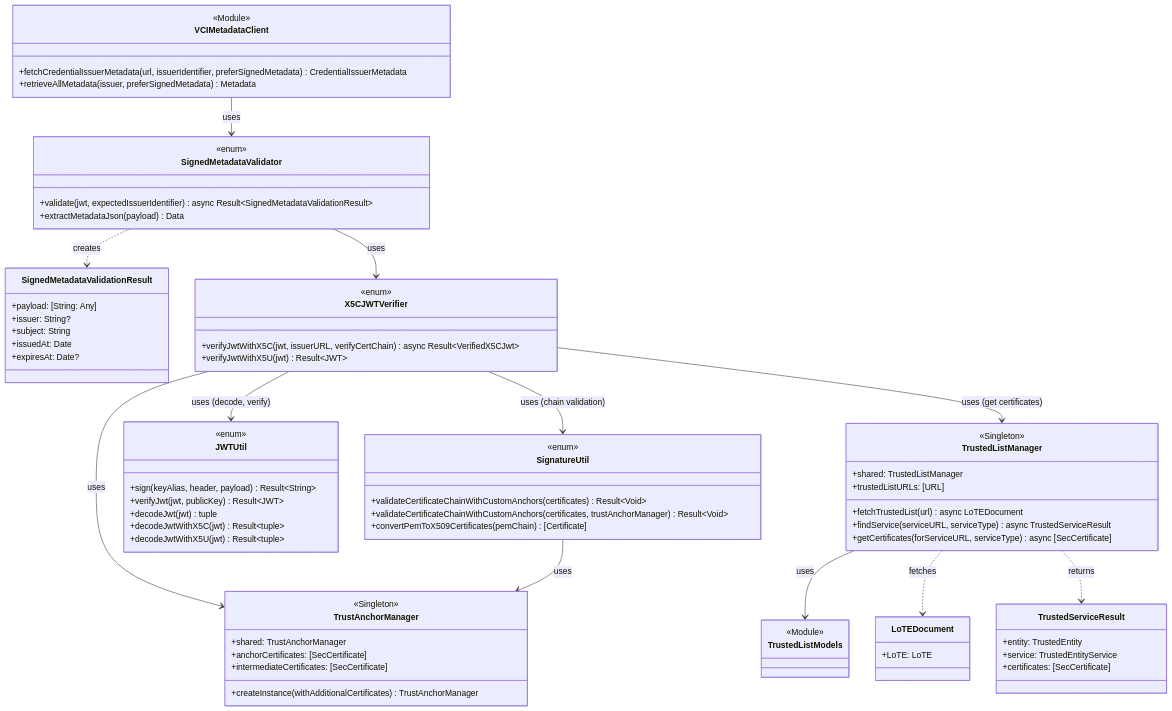
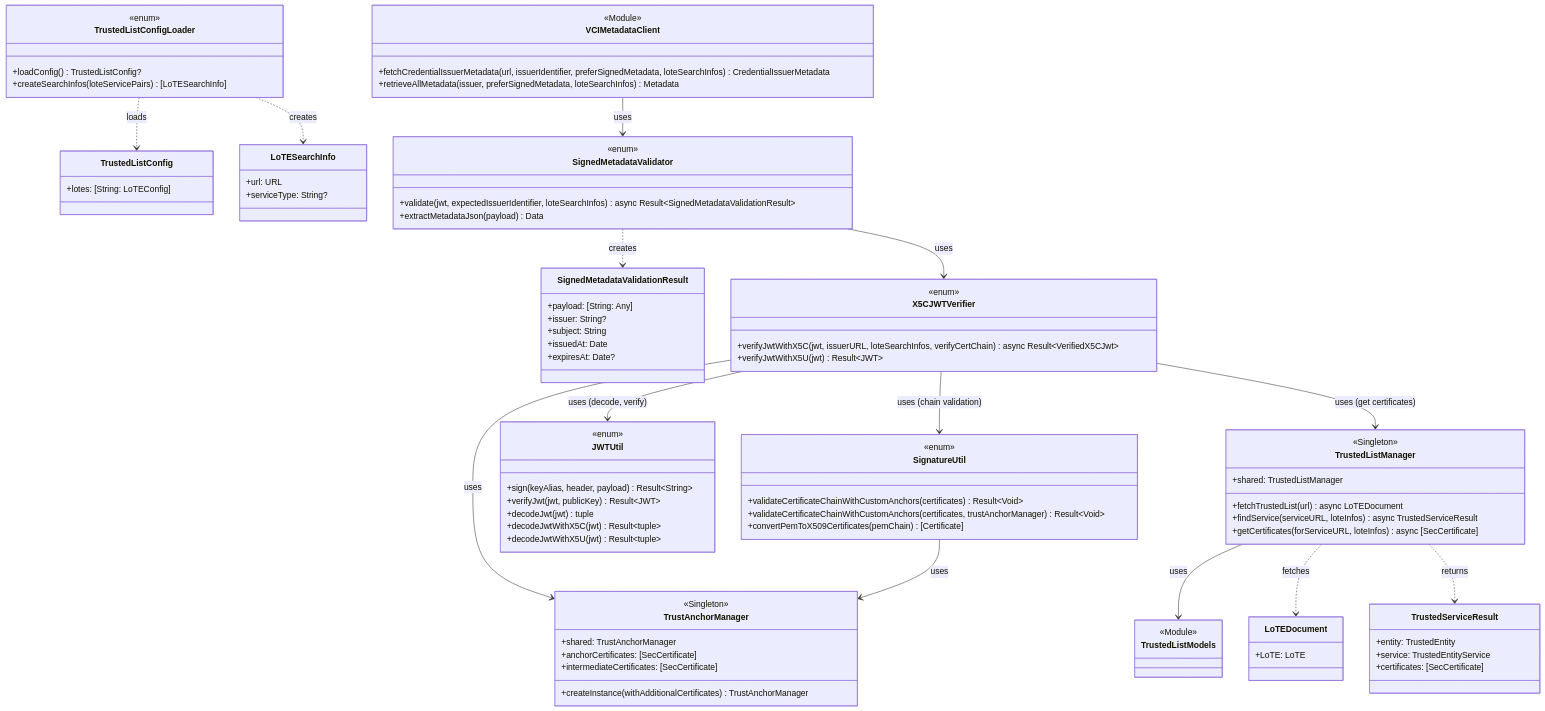
Before and after one commit to ryosuke-wakaba/OWND-Wallet-iOS: the first of 4 diagrams in docs/features/credential-issuance/metadata-verification.md, drawn with Mermaid. The commit also changed other lines of this file and 1 other file, not shown here.

First line of the commit message:
docs: Update metadata-verification.md for LoTE service type support

````diff
--- a/docs/features/credential-issuance/metadata-verification.md
+++ b/docs/features/credential-issuance/metadata-verification.md
@@ -23,15 +23,31 @@
 ```mermaid
 classDiagram
+    %% Configuration Layer
+    class TrustedListConfigLoader {
+        <<enum>>
+        +loadConfig() TrustedListConfig?
+        +createSearchInfos(loteServicePairs) [LoTESearchInfo]
+    }
+
+    class TrustedListConfig {
+        +lotes: [String: LoTEConfig]
+    }
+
+    class LoTESearchInfo {
+        +url: URL
+        +serviceType: String?
+    }
+
     %% Metadata Layer
     class VCIMetadataClient {
         <<Module>>
-        +fetchCredentialIssuerMetadata(url, issuerIdentifier, preferSignedMetadata) CredentialIssuerMetadata
-        +retrieveAllMetadata(issuer, preferSignedMetadata) Metadata
+        +fetchCredentialIssuerMetadata(url, issuerIdentifier, preferSignedMetadata, loteSearchInfos) CredentialIssuerMetadata
+        +retrieveAllMetadata(issuer, preferSignedMetadata, loteSearchInfos) Metadata
     }
 
     class SignedMetadataValidator {
         <<enum>>
-        +validate(jwt, expectedIssuerIdentifier) async Result~SignedMetadataValidationResult~
+        +validate(jwt, expectedIssuerIdentifier, loteSearchInfos) async Result~SignedMetadataValidationResult~
         +extractMetadataJson(payload) Data
     }
 
@@ -47,10 +63,9 @@
     class TrustedListManager {
         <<Singleton>>
         +shared: TrustedListManager
-        +trustedListURLs: [URL]
         +fetchTrustedList(url) async LoTEDocument
-        +findService(serviceURL, serviceType) async TrustedServiceResult
-        +getCertificates(forServiceURL, serviceType) async [SecCertificate]
+        +findService(serviceURL, loteInfos) async TrustedServiceResult
+        +getCertificates(forServiceURL, loteInfos) async [SecCertificate]
     }
 
     class TrustedListModels {
@@ -78,7 +93,7 @@
 
     class X5CJWTVerifier {
         <<enum>>
-        +verifyJwtWithX5C(jwt, issuerURL, verifyCertChain) async Result~VerifiedX5CJwt~
+        +verifyJwtWithX5C(jwt, issuerURL, loteSearchInfos, verifyCertChain) async Result~VerifiedX5CJwt~
         +verifyJwtWithX5U(jwt) Result~JWT~
     }
 
@@ -99,6 +114,9 @@
     }
 
     %% Relationships
+    TrustedListConfigLoader ..> TrustedListConfig : loads
+    TrustedListConfigLoader ..> LoTESearchInfo : creates
+
     VCIMetadataClient --> SignedMetadataValidator : uses
     SignedMetadataValidator --> X5CJWTVerifier : uses
     SignedMetadataValidator ..> SignedMetadataValidationResult : creates
````
